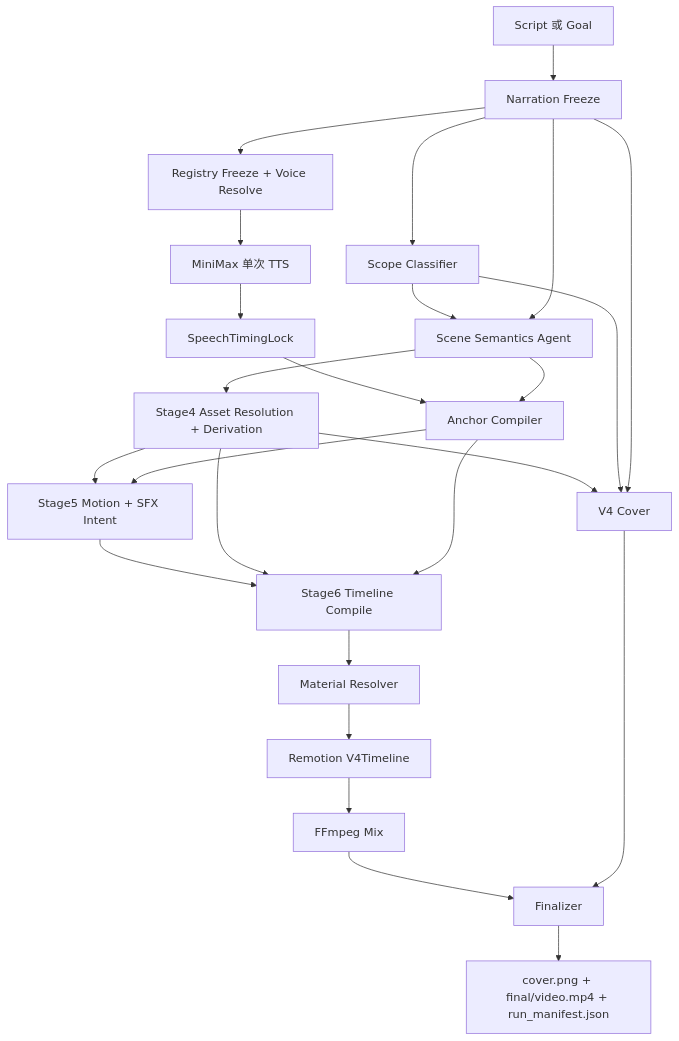
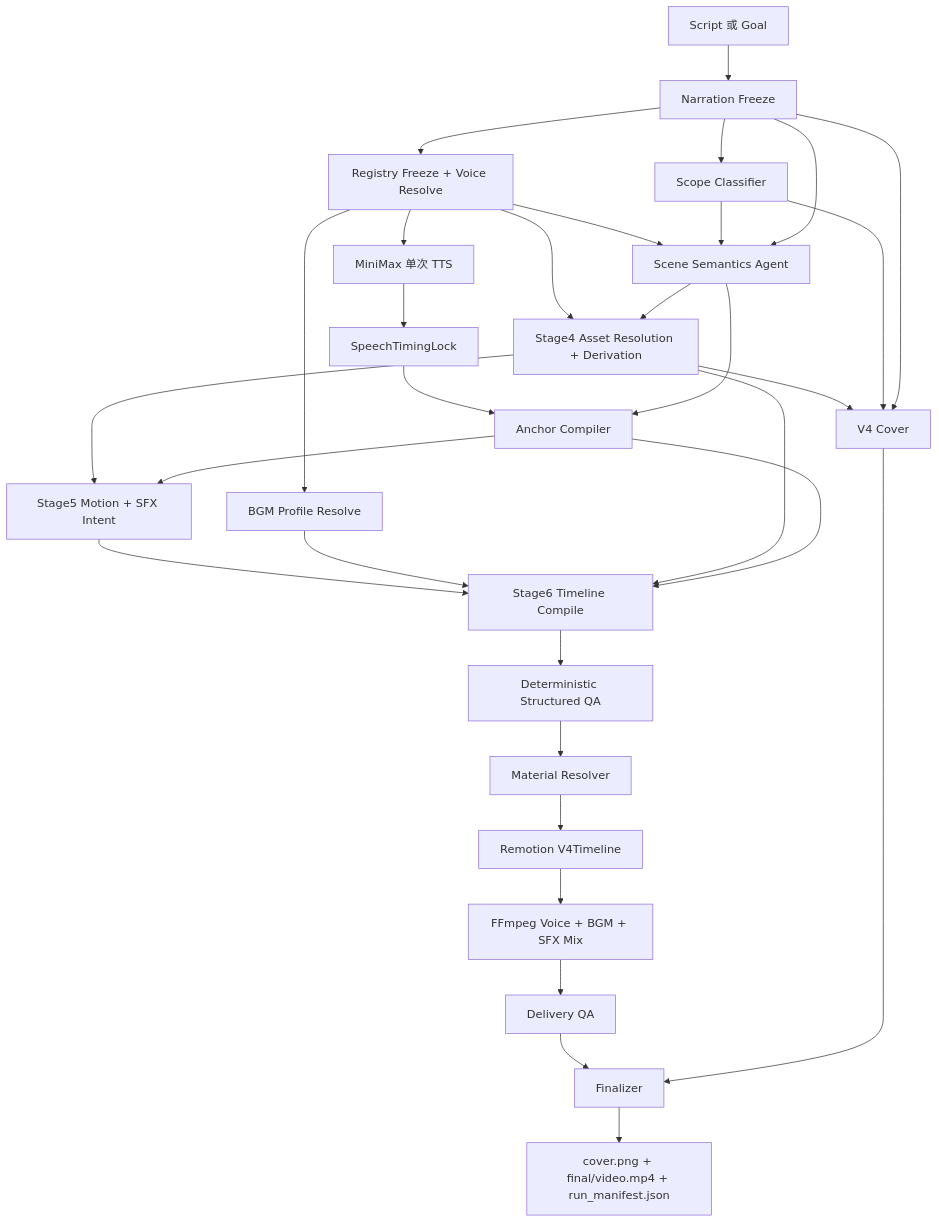
Before and after one commit to 60ke/video-agent: the diagram in docs/video_agent_v4_stage7_production_cutover_and_acceptance_design_20260720.md, drawn with Mermaid. The commit also changed other lines of this file and 1 other file, not shown here.

Commit message:
docs(v4): address Stage7 cutover review

````diff
--- a/docs/video_agent_v4_stage7_production_cutover_and_acceptance_design_20260720.md
+++ b/docs/video_agent_v4_stage7_production_cutover_and_acceptance_design_20260720.md
@@ -176,27 +194,33 @@
 ```mermaid
 flowchart TD
     IN["Script 或 Goal"] --> N["Narration Freeze"]
     N --> REG["Registry Freeze + Voice Resolve"]
     N --> SCOPE["Scope Classifier"]
     REG --> TTS["MiniMax 单次 TTS"]
+    REG --> SCENE["Scene Semantics Agent"]
+    REG --> ASSET["Stage4 Asset Resolution + Derivation"]
+    REG --> BGM["BGM Profile Resolve"]
     TTS --> STL["SpeechTimingLock"]
-    SCOPE --> SCENE["Scene Semantics Agent"]
+    SCOPE --> SCENE
     N --> SCENE
     SCENE --> ASSET["Stage4 Asset Resolution + Derivation"]
     STL --> ANCHOR["Anchor Compiler"]
     SCENE --> ANCHOR
     ASSET --> MOTION["Stage5 Motion + SFX Intent"]
     ANCHOR --> MOTION
     MOTION --> COMPILE["Stage6 Timeline Compile"]
+    BGM --> COMPILE
     ASSET --> COMPILE
     ANCHOR --> COMPILE
-    COMPILE --> MAT["Material Resolver"]
+    COMPILE --> QA["Deterministic Structured QA"]
+    QA --> MAT["Material Resolver"]
     MAT --> REM["Remotion V4Timeline"]
-    REM --> MIX["FFmpeg Mix"]
+    REM --> MIX["FFmpeg Voice + BGM + SFX Mix"]
     ASSET --> COVER["V4 Cover"]
     SCOPE --> COVER
     N --> COVER
-    MIX --> FINAL["Finalizer"]
+    MIX --> DQA["Delivery QA"]
+    DQA --> FINAL["Finalizer"]
     COVER --> FINAL
     FINAL --> OUT["cover.png + final/video.mp4 + run_manifest.json"]
 ```
````
